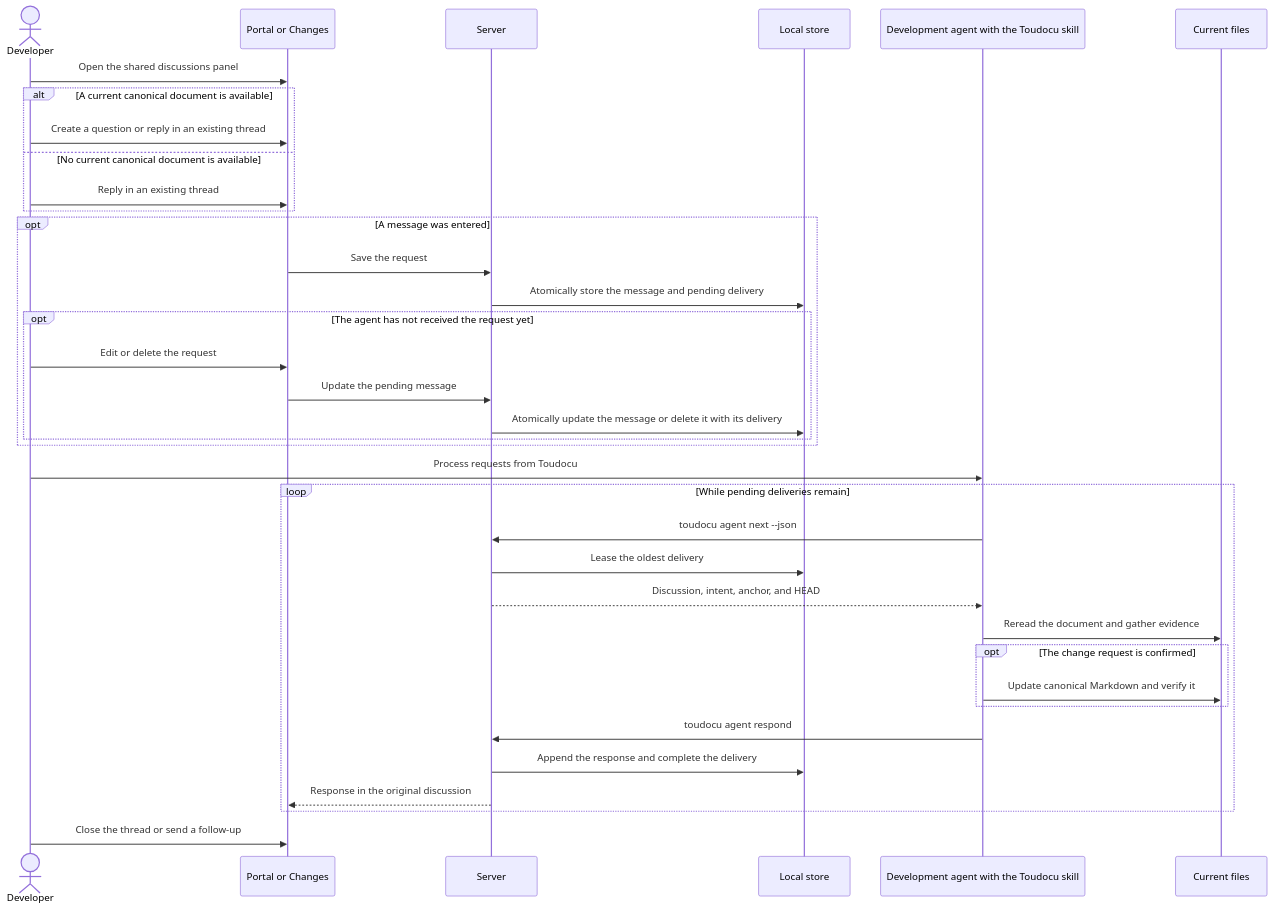
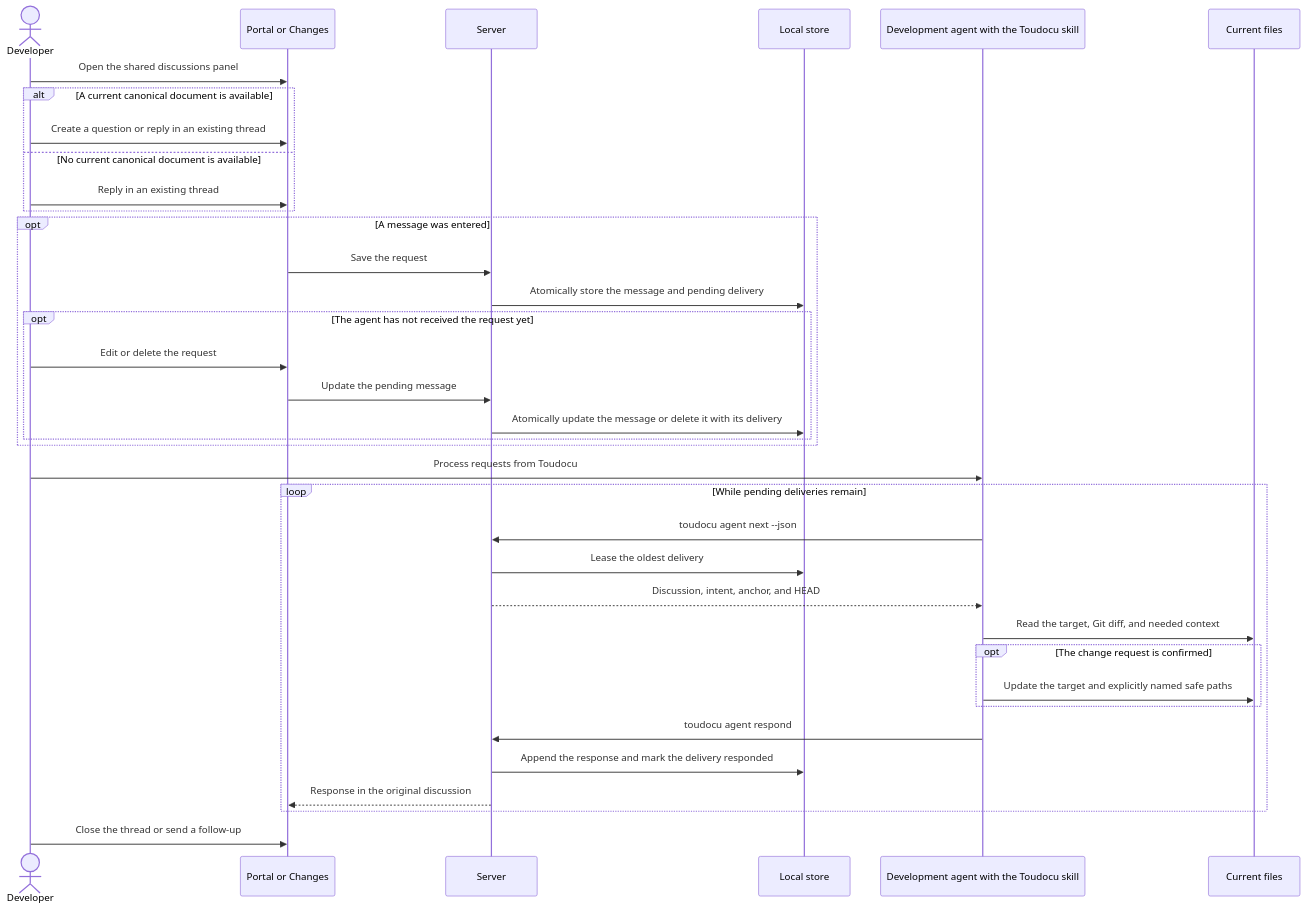
One commit to lumenikoly/toudocu changed the diagram in docs-en/flows/FLOW-AGENT-FEEDBACK.md. Above: the diagram before and after it, drawn with Mermaid. The commit also changed other lines of this file and 13 other files, not shown here.

Commit message:
feat: update agent feedback workflow documentation and tests to clarify delivery requirements and processing rules

````diff
--- a/docs-en/flows/FLOW-AGENT-FEEDBACK.md
+++ b/docs-en/flows/FLOW-AGENT-FEEDBACK.md
@@ -10,39 +10,39 @@
 ```mermaid
 sequenceDiagram
     actor Human as Developer
     participant UI as Portal or Changes
     participant Core as Server
     participant Store as Local store
     participant Agent as Development agent with the Toudocu skill
     participant Files as Current files
 
     Human->>UI: Open the shared discussions panel
     alt A current canonical document is available
         Human->>UI: Create a question or reply in an existing thread
     else No current canonical document is available
         Human->>UI: Reply in an existing thread
     end
     opt A message was entered
         UI->>Core: Save the request
         Core->>Store: Atomically store the message and pending delivery
         opt The agent has not received the request yet
             Human->>UI: Edit or delete the request
             UI->>Core: Update the pending message
             Core->>Store: Atomically update the message or delete it with its delivery
         end
     end
     Human->>Agent: Process requests from Toudocu
     loop While pending deliveries remain
         Agent->>Core: toudocu agent next --json
         Core->>Store: Lease the oldest delivery
         Core-->>Agent: Discussion, intent, anchor, and HEAD
-        Agent->>Files: Reread the document and gather evidence
+        Agent->>Files: Read the target, Git diff, and needed context
         opt The change request is confirmed
-            Agent->>Files: Update canonical Markdown and verify it
+            Agent->>Files: Update the target and explicitly named safe paths
         end
         Agent->>Core: toudocu agent respond
-        Core->>Store: Append the response and complete the delivery
+        Core->>Store: Append the response and mark the delivery responded
         Core-->>UI: Response in the original discussion
     end
     Human->>UI: Close the thread or send a follow-up
 ```
````
